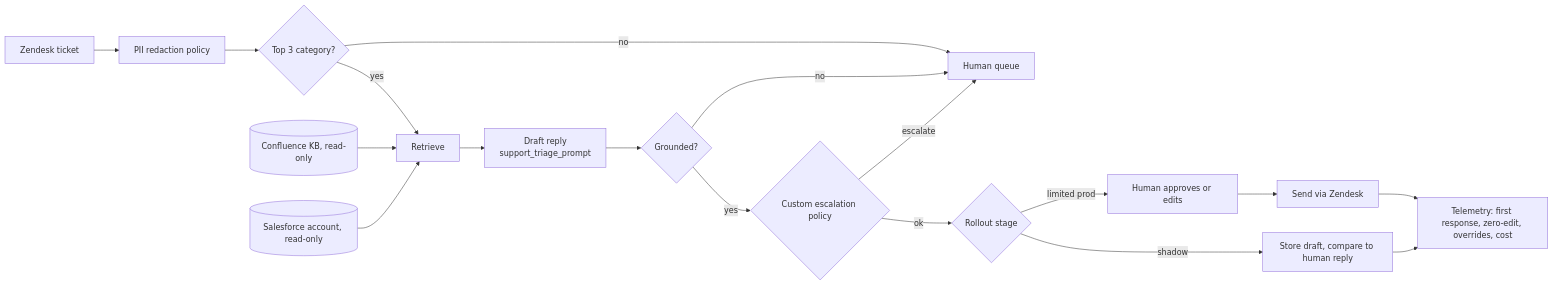
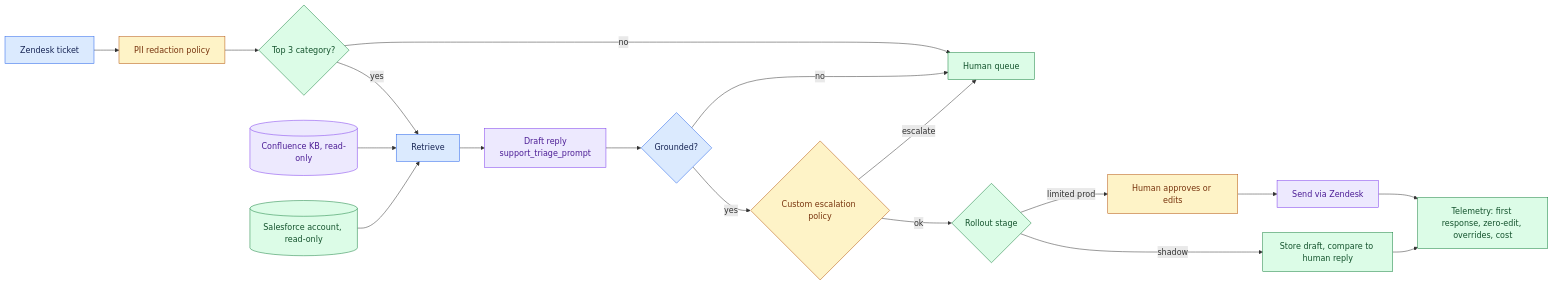
The fifth of 5 diagrams in site/content/modules/15-fde-case-studies/delivery-evaluation-operations/scoping-to-deployed-agent/full-pack.md (Sourav692/Forward-Deployed-Engineer-Interview-Prep), drawn with Mermaid before and after one commit. The commit also changed other lines of this file and 1268 other files, not shown here.

First line of the commit message:
content: polish Casebook writing and Mermaid diagrams (#251)

````diff
--- a/site/content/modules/15-fde-case-studies/delivery-evaluation-operations/scoping-to-deployed-agent/full-pack.md
+++ b/site/content/modules/15-fde-case-studies/delivery-evaluation-operations/scoping-to-deployed-agent/full-pack.md
@@ -186,19 +283,29 @@
 ```mermaid
 flowchart LR
     ZD[Zendesk ticket] --> RED[PII redaction policy]
     RED --> CLS{Top 3 category?}
     CLS -- no --> HQ[Human queue]
     CLS -- yes --> RET[Retrieve]
     CF[(Confluence KB, read-only)] --> RET
     SF[(Salesforce account, read-only)] --> RET
     RET --> DR[Draft reply<br/>support_triage_prompt]
     DR --> GR{Grounded?}
     GR -- no --> HQ
     GR -- yes --> EP{Custom escalation policy}
     EP -- escalate --> HQ
     EP -- ok --> MODE{Rollout stage}
     MODE -- shadow --> CMP[Store draft, compare to human reply]
     MODE -- limited prod --> APP[Human approves or edits] --> SEND[Send via Zendesk]
     SEND --> TEL[Telemetry: first response, zero-edit, overrides, cost]
     CMP --> TEL
+
+    %% Casebook colours: entry, reasoning, results, controls, and stopped paths.
+    classDef cbInput fill:#dbeafe,stroke:#2563eb,color:#172554
+    class ZD,RET,GR cbInput
+    classDef cbPolicy fill:#fef3c7,stroke:#b45309,color:#78350f
+    class RED,EP,APP cbPolicy
+    classDef cbAction fill:#dcfce7,stroke:#15803d,color:#14532d
+    class CLS,HQ,SF,MODE,CMP,TEL cbAction
+    classDef cbReason fill:#ede9fe,stroke:#7c3aed,color:#4c1d95
+    class CF,DR,SEND cbReason
 ```
````
